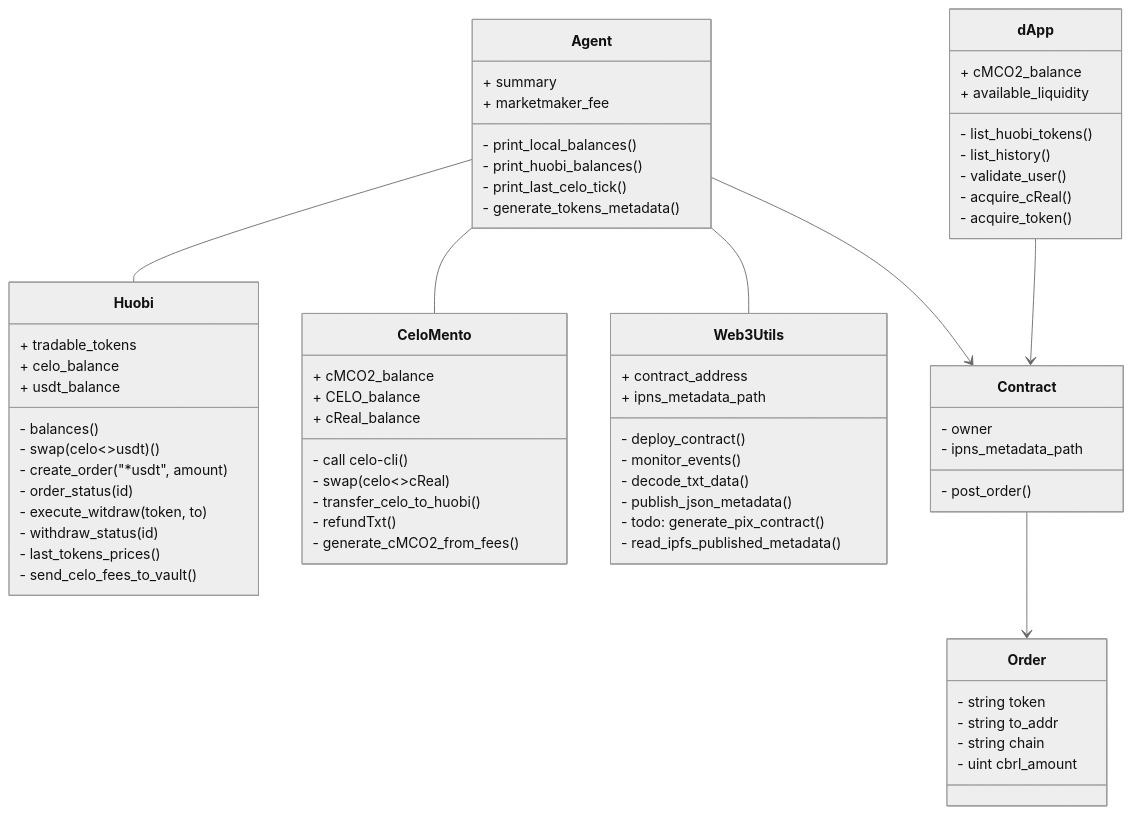
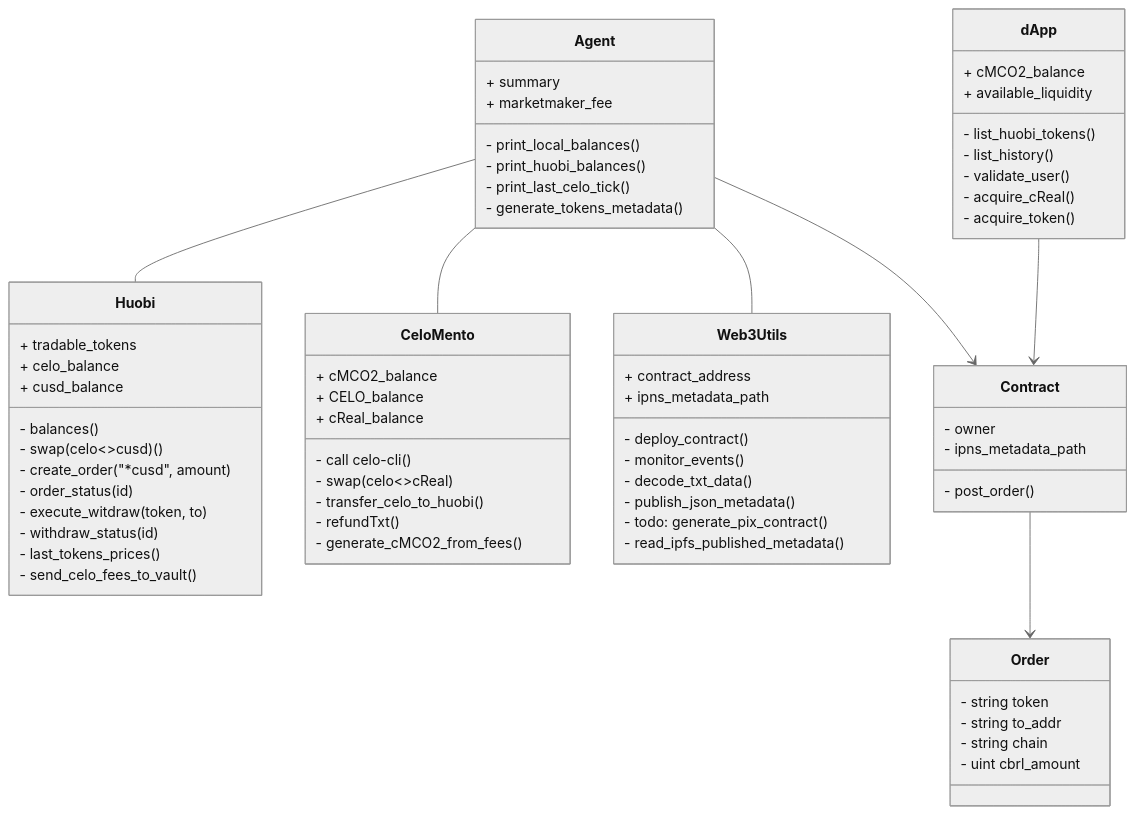
The first of 2 diagrams in README.md (rafapolo/celohuobihack), drawn with Mermaid (neutral theme) before and after one commit. The commit also changed other lines of this file and 1 other file, not shown here.

Commit message:
use Celo Dolar as main Liquiity, not Tether.

````diff
--- a/README.md
+++ b/README.md
@@ -121,72 +123,72 @@
   ```mermaid
 
     classDiagram
         Agent -- Huobi
         Agent -- CeloMento
         Agent -- Web3Utils
         Agent --> Contract
         class dApp{
             + cMCO2_balance
             + available_liquidity
             - list_huobi_tokens()
             - list_history()
             - validate_user()
             - acquire_cReal()
             - acquire_token()
         }
         dApp --> Contract
         class Huobi{
           + tradable_tokens
           + celo_balance
-          + usdt_balance
+          + cusd_balance
           - balances()   
-          - swap(celo<>usdt)()
-          - create_order("*usdt", amount)
+          - swap(celo<>cusd)()
+          - create_order("*cusd", amount)
           - order_status(id)
           - execute_witdraw(token, to)
           - withdraw_status(id)
           - last_tokens_prices()
           - send_celo_fees_to_vault()
         }
         class CeloMento{
             + cMCO2_balance
             + CELO_balance
             + cReal_balance
             - call celo-cli()
             - swap(celo<>cReal)
             - transfer_celo_to_huobi()
             - refundTxt()
             - generate_cMCO2_from_fees()
         }
         class Web3Utils{
           + contract_address
           + ipns_metadata_path
           - deploy_contract()
           - monitor_events()
           - decode_txt_data()
           - publish_json_metadata()
           - todo: generate_pix_contract()
           - read_ipfs_published_metadata()
         }
         class Agent{
           + summary      
           + marketmaker_fee        
           - print_local_balances()
           - print_huobi_balances()
           - print_last_celo_tick()
           - generate_tokens_metadata()
         }
         Contract --> Order
         class Contract{
             - owner
             - ipns_metadata_path
             - post_order()
         }
           class Order {
             - string token
             - string to_addr
             - string chain
             - uint cbrl_amount 
           }
 
   ```
````
